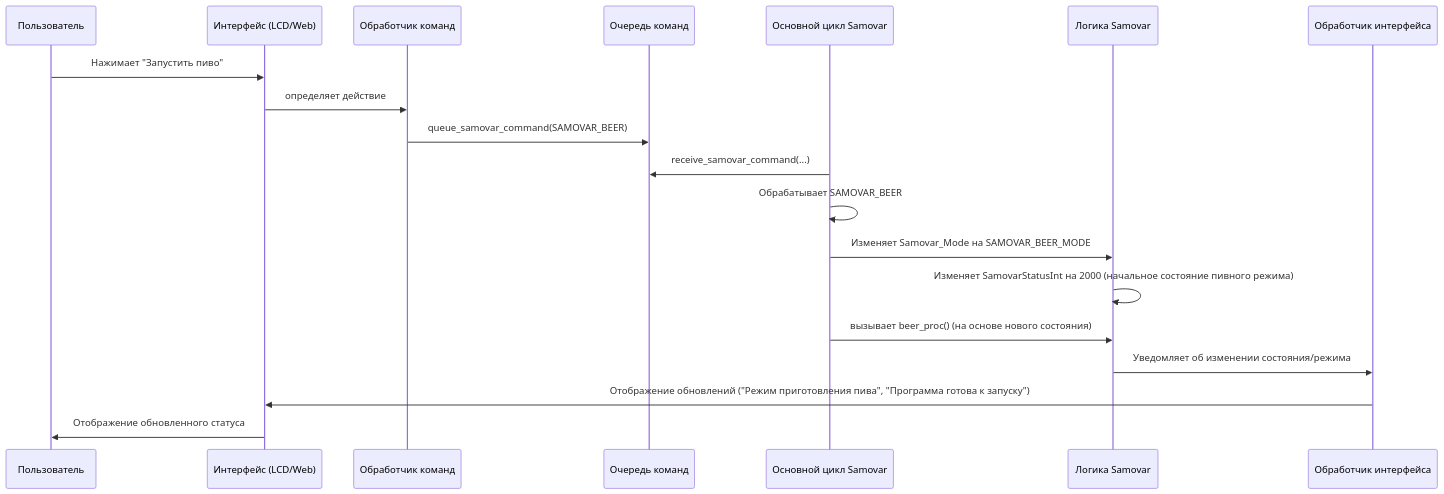
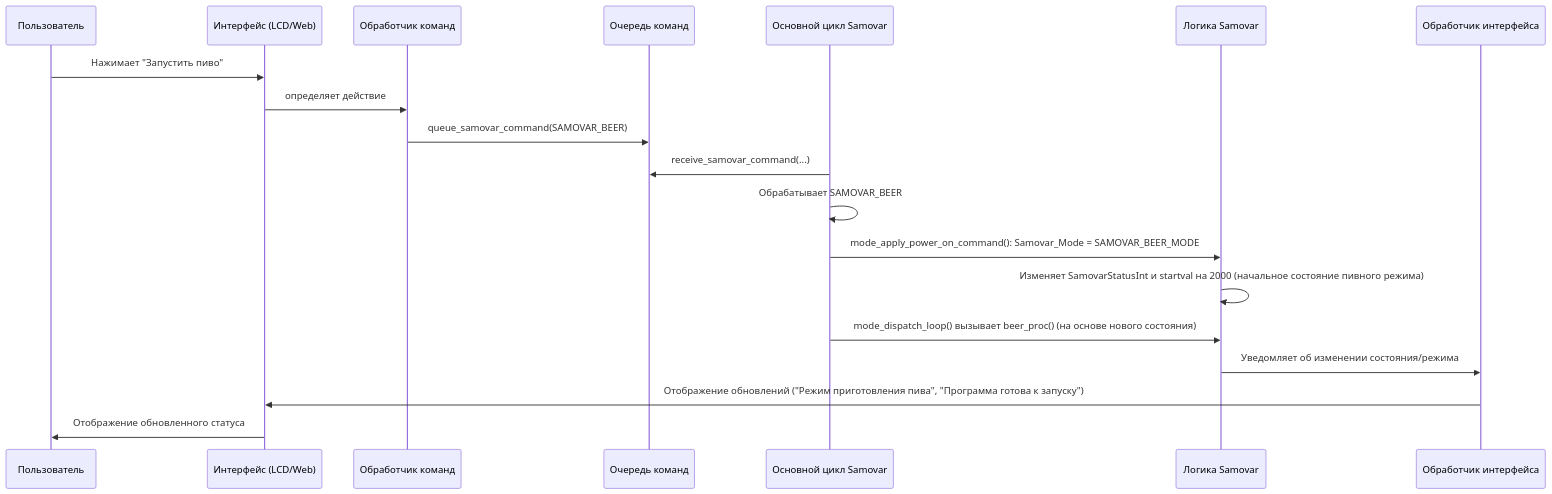
The diagram in doc/03_system_state___mode_management_.md (LKosoj/Samovar), drawn with Mermaid before and after one commit. The commit also changed other lines of this file and 35 other files, not shown here.

First line of the commit message:
Уточнение документации, схемы UI и тестов интерфейса

````diff
--- a/doc/03_system_state___mode_management_.md
+++ b/doc/03_system_state___mode_management_.md
@@ -109,14 +129,14 @@
 ```mermaid
 sequenceDiagram
     Пользователь->>Интерфейс (LCD/Web): Нажимает "Запустить пиво"
     Интерфейс (LCD/Web)->>Обработчик команд: определяет действие
     Обработчик команд->>Очередь команд: queue_samovar_command(SAMOVAR_BEER)
     Основной цикл Samovar->>Очередь команд: receive_samovar_command(...)
     Основной цикл Samovar->>Основной цикл Samovar: Обрабатывает SAMOVAR_BEER
-    Основной цикл Samovar->>Логика Samovar: Изменяет Samovar_Mode на SAMOVAR_BEER_MODE
-    Логика Samovar->>Логика Samovar: Изменяет SamovarStatusInt на 2000 (начальное состояние пивного режима)
-    Основной цикл Samovar->>Логика Samovar: вызывает beer_proc() (на основе нового состояния)
+    Основной цикл Samovar->>Логика Samovar: mode_apply_power_on_command(): Samovar_Mode = SAMOVAR_BEER_MODE
+    Логика Samovar->>Логика Samovar: Изменяет SamovarStatusInt и startval на 2000 (начальное состояние пивного режима)
+    Основной цикл Samovar->>Логика Samovar: mode_dispatch_loop() вызывает beer_proc() (на основе нового состояния)
     Логика Samovar->>Обработчик интерфейса: Уведомляет об изменении состояния/режима
     Обработчик интерфейса->>Интерфейс (LCD/Web): Отображение обновлений ("Режим приготовления пива", "Программа готова к запуску")
     Интерфейс (LCD/Web)->>Пользователь: Отображение обновленного статуса
 ```
````
